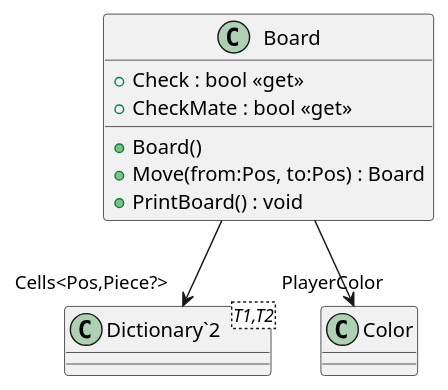
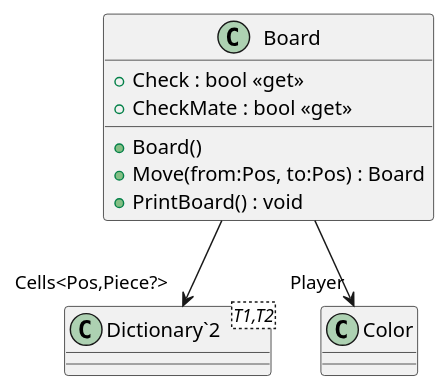
One commit to jk-ba/Chess changed the diagram in plantuml/Board.puml. Above: the diagram before and after it, drawn with PlantUML. The commit also changed 2 other files, not shown here.

```diff
--- a/plantuml/Board.puml
+++ b/plantuml/Board.puml
@@ -1,13 +1,13 @@
 @startuml
 class Board {
     + Board()
     + Check : bool <<get>>
     + CheckMate : bool <<get>>
     + Move(from:Pos, to:Pos) : Board
     + PrintBoard() : void
 }
 class "Dictionary`2"<T1,T2> {
 }
-Board --> "PlayerColor" Color
+Board --> "Player" Color
 Board --> "Cells<Pos,Piece?>" "Dictionary`2"
 @enduml
```
